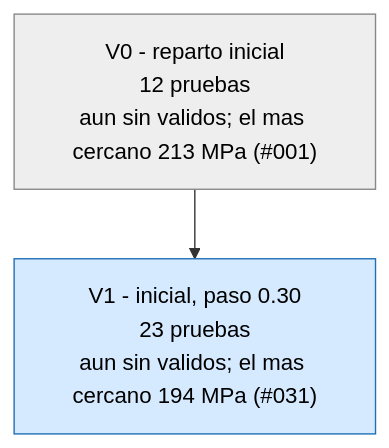
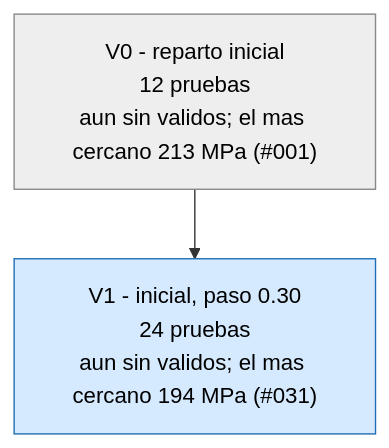
Before and after one commit to Hugiko/msd-soporte-optimizacion: the first of 3 diagrams in runs/opt_37800N/ARBOL.md, drawn with Mermaid. The commit also changed 19 other files, not shown here.

````diff
--- a/runs/opt_37800N/ARBOL.md
+++ b/runs/opt_37800N/ARBOL.md
@@ -9,9 +9,9 @@
 ```mermaid
 graph TD
 classDef activa fill:#d6eaff,stroke:#1f6fb5,color:#000
 classDef fin fill:#eeeeee,stroke:#888,color:#000
 classDef mejor fill:#c8f0c0,stroke:#1a9850,stroke-width:4px,color:#000
 V0["V0 - reparto inicial<br/>12 pruebas<br/>aun sin validos; el mas cercano 213 MPa (#001)"]:::fin
-V1["V1 - inicial, paso 0.30<br/>23 pruebas<br/>aun sin validos; el mas cercano 194 MPa (#031)"]:::activa
+V1["V1 - inicial, paso 0.30<br/>24 pruebas<br/>aun sin validos; el mas cercano 194 MPa (#031)"]:::activa
 V0 --> V1
 ```
````
